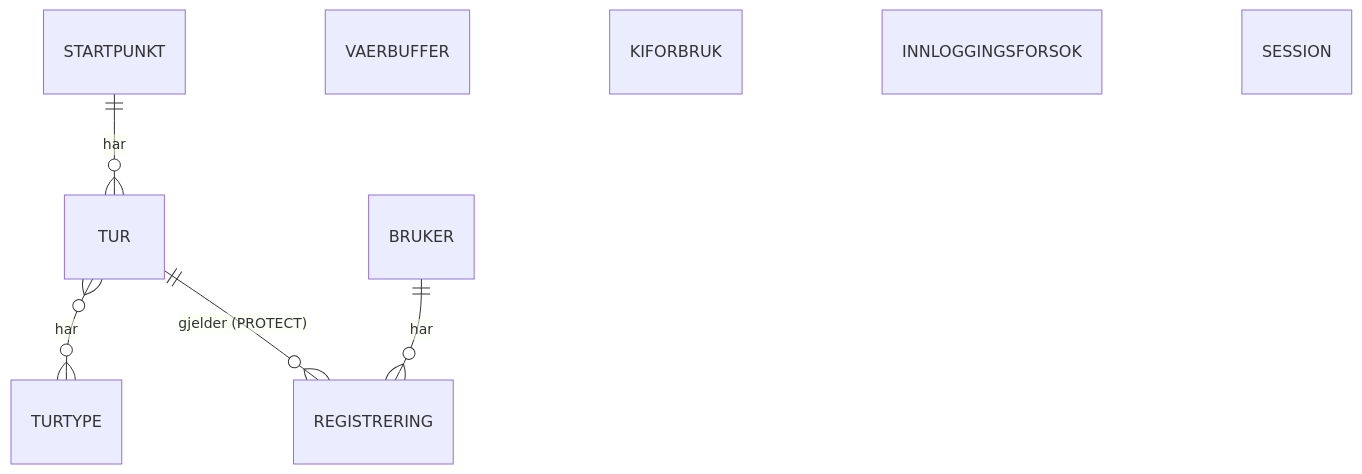
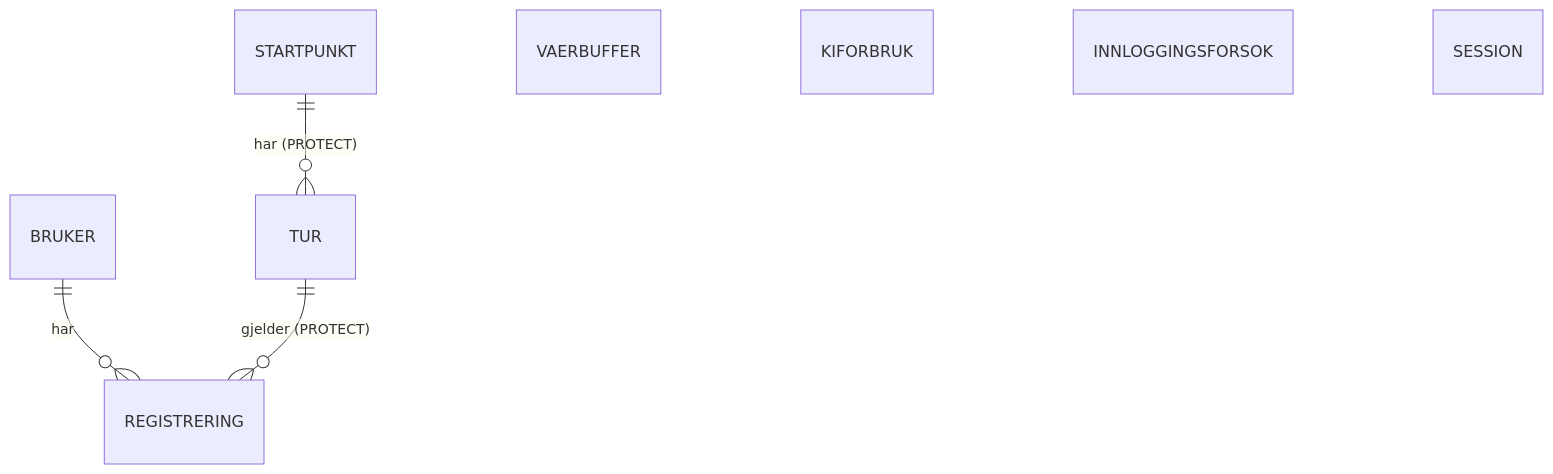
The third of 4 diagrams in _bmad-output/planning-artifacts/architecture/architecture-G81-eriksen-2026-11-07/ARCHITECTURE-SPINE.md (IBE160-2026/G81-eriksen), drawn with Mermaid before and after one commit. The commit also changed other lines of this file and 8 other files, not shown here.

````diff
--- a/_bmad-output/planning-artifacts/architecture/architecture-G81-eriksen-2026-11-07/ARCHITECTURE-SPINE.md
+++ b/_bmad-output/planning-artifacts/architecture/architecture-G81-eriksen-2026-11-07/ARCHITECTURE-SPINE.md
@@ -291,11 +291,10 @@
 ```mermaid
 erDiagram
-    STARTPUNKT ||--o{ TUR : "har"
-    TUR }o--o{ TURTYPE : "har"
+    STARTPUNKT ||--o{ TUR : "har (PROTECT)"
     BRUKER ||--o{ REGISTRERING : "har"
     TUR ||--o{ REGISTRERING : "gjelder (PROTECT)"
     VAERBUFFER
     KIFORBRUK
     INNLOGGINGSFORSOK
     SESSION
 ```
````
